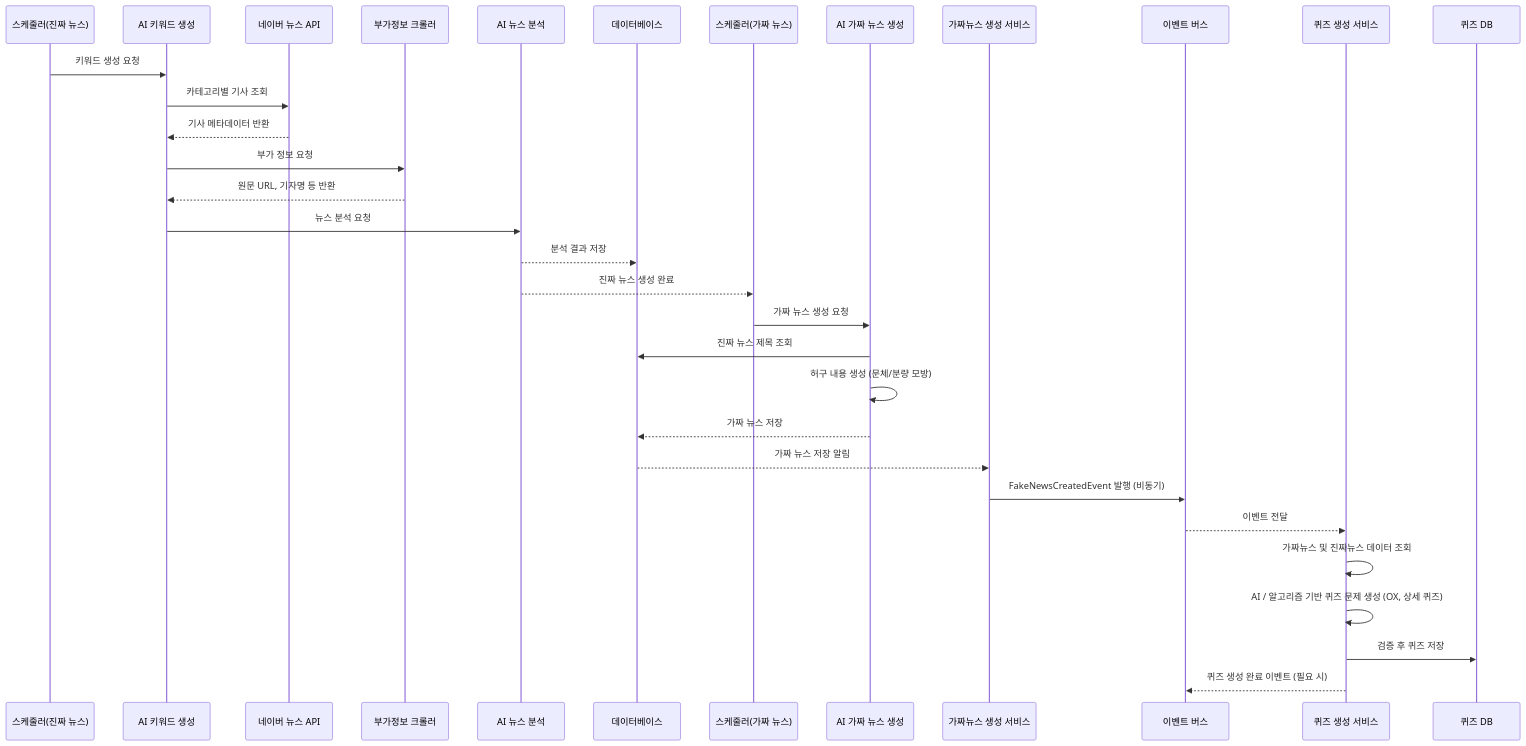
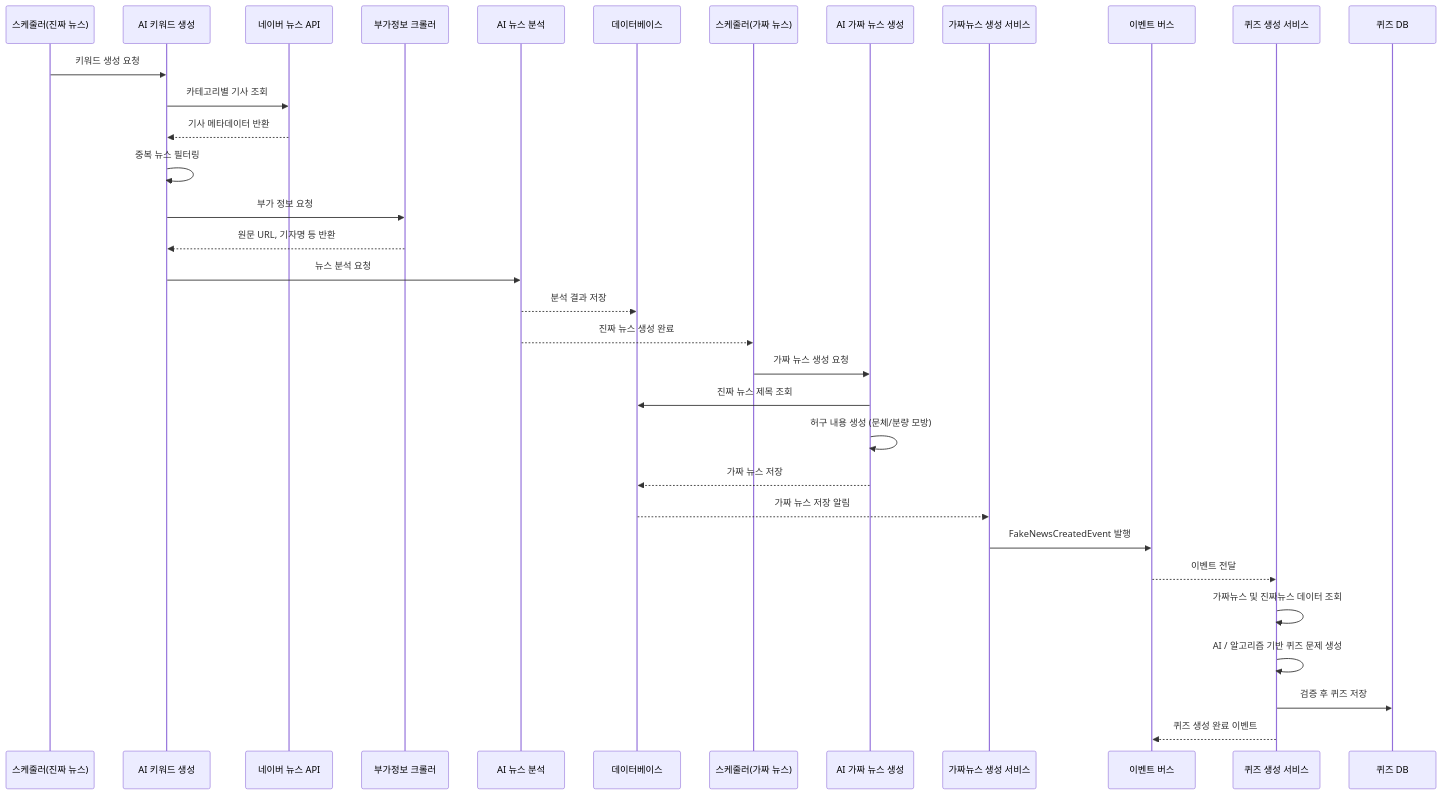
Before and after one commit to Devcourse-BE6-8-2-Team5/Backend: the first of 2 diagrams in README.md, drawn with Mermaid. The commit also changed other lines of this file, not shown here.

Commit message:
Enhance README with service links and project details (#267)

````diff
--- a/README.md
+++ b/README.md
@@ -99,37 +184,38 @@
 ```mermaid
 sequenceDiagram
     participant Scheduler_Real as 스케줄러(진짜 뉴스)
     participant AI_Keyword as AI 키워드 생성
     participant NaverAPI as 네이버 뉴스 API
     participant Crawler as 부가정보 크롤러
     participant AI_Analysis as AI 뉴스 분석
     participant DB as 데이터베이스
     participant Scheduler_Fake as 스케줄러(가짜 뉴스)
     participant AI_Fake as AI 가짜 뉴스 생성
     participant FakeNewsService as 가짜뉴스 생성 서비스
     participant EventBus as 이벤트 버스
     participant QuizService as 퀴즈 생성 서비스
     participant QuizDB as 퀴즈 DB
 
     Scheduler_Real->>AI_Keyword: 키워드 생성 요청
     AI_Keyword->>NaverAPI: 카테고리별 기사 조회
     NaverAPI-->>AI_Keyword: 기사 메타데이터 반환
+    AI_Keyword->>AI_Keyword: 중복 뉴스 필터링
     AI_Keyword->>Crawler: 부가 정보 요청
     Crawler-->>AI_Keyword: 원문 URL, 기자명 등 반환
     AI_Keyword->>AI_Analysis: 뉴스 분석 요청
     AI_Analysis-->>DB: 분석 결과 저장
     AI_Analysis-->>Scheduler_Fake: 진짜 뉴스 생성 완료
 
     Scheduler_Fake->>AI_Fake: 가짜 뉴스 생성 요청
     AI_Fake->>DB: 진짜 뉴스 제목 조회
     AI_Fake->>AI_Fake: 허구 내용 생성 (문체/분량 모방)
     AI_Fake-->>DB: 가짜 뉴스 저장
 
     DB-->>FakeNewsService: 가짜 뉴스 저장 알림
-    FakeNewsService->>EventBus: FakeNewsCreatedEvent 발행 (비동기)
+    FakeNewsService->>EventBus: FakeNewsCreatedEvent 발행
     EventBus-->>QuizService: 이벤트 전달
     QuizService->>QuizService: 가짜뉴스 및 진짜뉴스 데이터 조회
-    QuizService->>QuizService: AI / 알고리즘 기반 퀴즈 문제 생성 (OX, 상세 퀴즈)
+    QuizService->>QuizService: AI / 알고리즘 기반 퀴즈 문제 생성
     QuizService->>QuizDB: 검증 후 퀴즈 저장
-    QuizService-->>EventBus: 퀴즈 생성 완료 이벤트 (필요 시)
+    QuizService-->>EventBus: 퀴즈 생성 완료 이벤트
 ``` 
````
